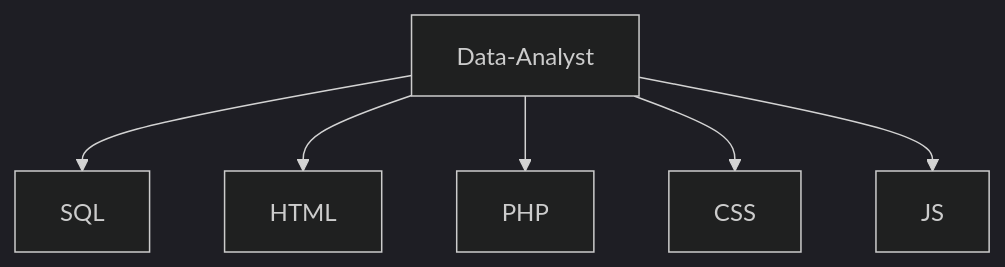
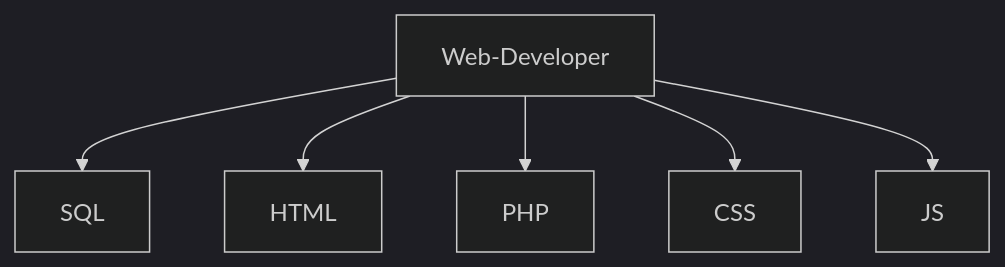
One commit to husanme/husanme changed the first of 3 diagrams in README.md. Above: the diagram before and after it, drawn with Mermaid (dark theme). The commit also changed other lines of this file, not shown here.

````diff
--- a/README.md
+++ b/README.md
@@ -55,9 +55,9 @@
 ```mermaid
 graph TD;
-    Data-Analyst-->SQL;
-    Data-Analyst-->HTML;
-    Data-Analyst-->PHP;
-    Data-Analyst-->CSS;
-    Data-Analyst-->JS;
+    Web-Developer-->SQL;
+    Web-Developer-->HTML;
+    Web-Developer-->PHP;
+    Web-Developer-->CSS;
+    Web-Developer-->JS;
     
    ```
````
